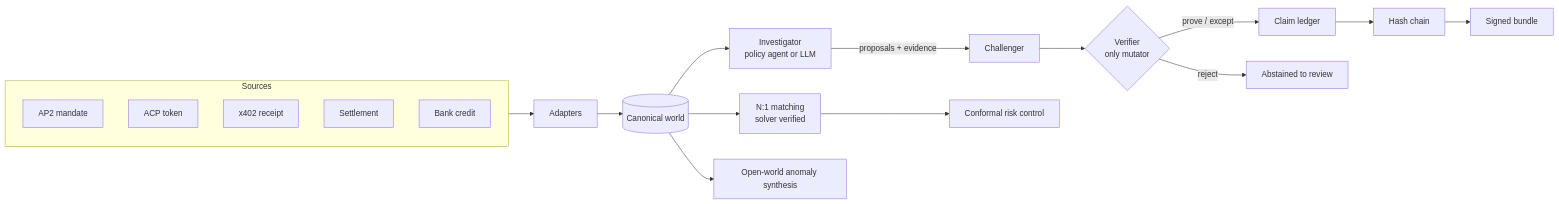
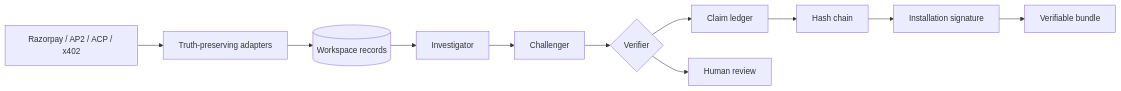
One commit to Afnanksalal/vera changed the diagram in README.md. Above: the diagram before and after it, drawn with Mermaid. The commit also changed other lines of this file and 108 other files, not shown here.

````diff
--- a/README.md
+++ b/README.md
@@ -65,25 +96,13 @@
 ```mermaid
 flowchart LR
-  subgraph Sources
-    AP2[AP2 mandate]
-    ACP[ACP token]
-    X402[x402 receipt]
-    PSP[Settlement]
-    BANK[Bank credit]
-  end
-  Sources --> ADAPT[Adapters]
-  ADAPT --> WORLD[(Canonical world)]
-
-  WORLD --> INV[Investigator<br/>policy agent or LLM]
-  INV -->|proposals + evidence| CHAL[Challenger]
-  CHAL --> VER{Verifier<br/>only mutator}
-  VER -->|prove / except| CLAIMS[Claim ledger]
-  VER -->|reject| OPEN[Abstained to review]
-
+  SOURCES[Razorpay / AP2 / ACP / x402] --> ADAPT[Truth-preserving adapters]
+  ADAPT --> WORLD[(Workspace records)]
+  WORLD --> INV[Investigator]
+  INV --> CHAL[Challenger]
+  CHAL --> VER{Verifier}
+  VER --> CLAIMS[Claim ledger]
+  VER --> REVIEW[Human review]
   CLAIMS --> CHAIN[Hash chain]
-  CHAIN --> BUNDLE[Signed bundle]
-
-  WORLD --> MATCH[N:1 matching<br/>solver verified]
-  MATCH --> RISK[Conformal risk control]
-  WORLD --> ANOM[Open-world anomaly synthesis]
+  CHAIN --> SIGN[Installation signature]
+  SIGN --> BUNDLE[Verifiable bundle]
 ```
````
